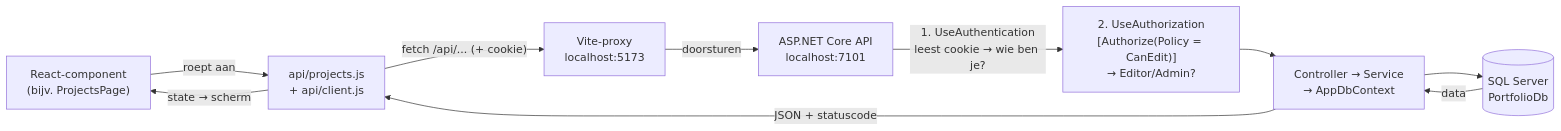
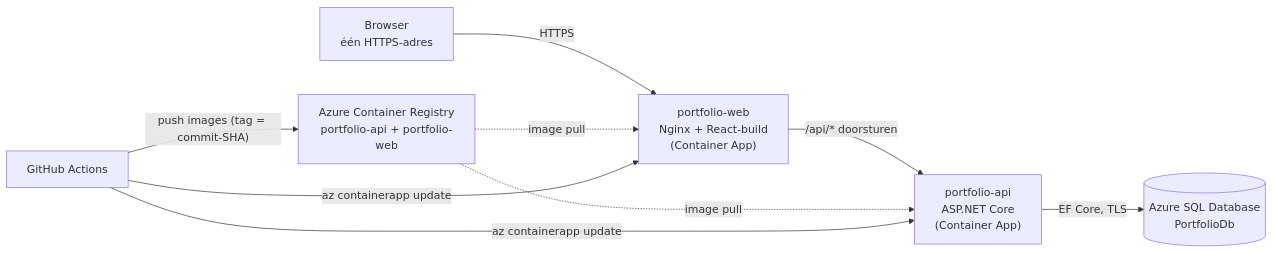
One commit to AliMalfi/wpfw_opdract3 changed the diagram in README.md. Above: the diagram before and after it, drawn with Mermaid. The commit also changed other lines of this file, not shown here.

````diff
--- a/README.md
+++ b/README.md
@@ -88,12 +19,11 @@
 ```mermaid
 flowchart LR
-    A["React-component<br/>(bijv. ProjectsPage)"] -->|roept aan| B["api/projects.js<br/>+ api/client.js"]
-    B -->|"fetch /api/... (+ cookie)"| C["Vite-proxy<br/>localhost:5173"]
-    C -->|doorsturen| D["ASP.NET Core API<br/>localhost:7101"]
-    D -->|"1. UseAuthentication<br/>leest cookie → wie ben je?"| E["2. UseAuthorization<br/>[Authorize(Policy = CanEdit)]<br/>→ Editor/Admin?"]
-    E --> F["Controller → Service<br/>→ AppDbContext"]
-    F --> G[("SQL Server<br/>PortfolioDb")]
-    G -->|data| F
-    F -->|"JSON + statuscode"| B
-    B -->|"state → scherm"| A
+    B["Browser<br/>één HTTPS-adres"] -->|"HTTPS"| W["portfolio-web<br/>Nginx + React-build<br/>(Container App)"]
+    W -->|"/api/* doorsturen"| A["portfolio-api<br/>ASP.NET Core<br/>(Container App)"]
+    A -->|"EF Core, TLS"| D[("Azure SQL Database<br/>PortfolioDb")]
+    R["Azure Container Registry<br/>portfolio-api + portfolio-web"] -.->|"image pull"| W
+    R -.->|"image pull"| A
+    G["GitHub Actions"] -->|"push images (tag = commit-SHA)"| R
+    G -->|"az containerapp update"| A
+    G -->|"az containerapp update"| W
 ```
````
